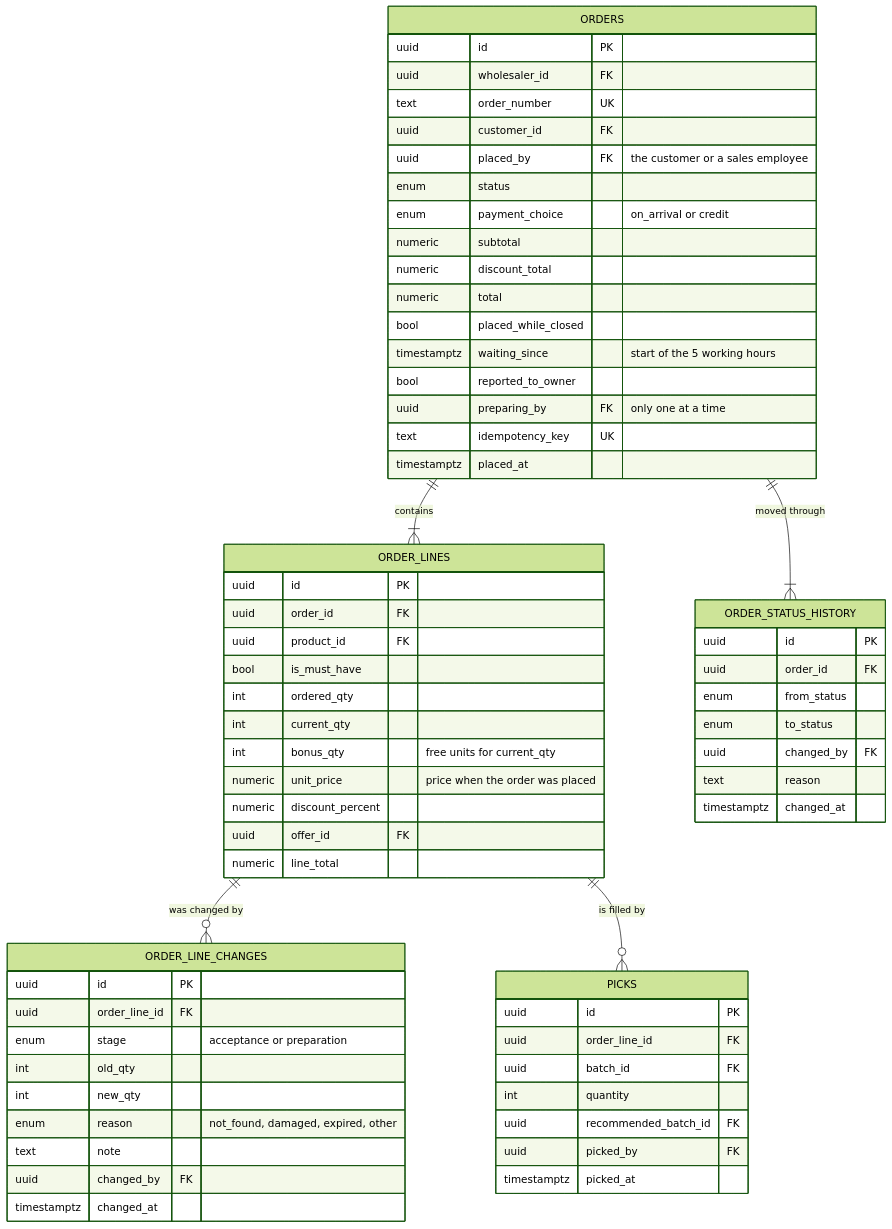
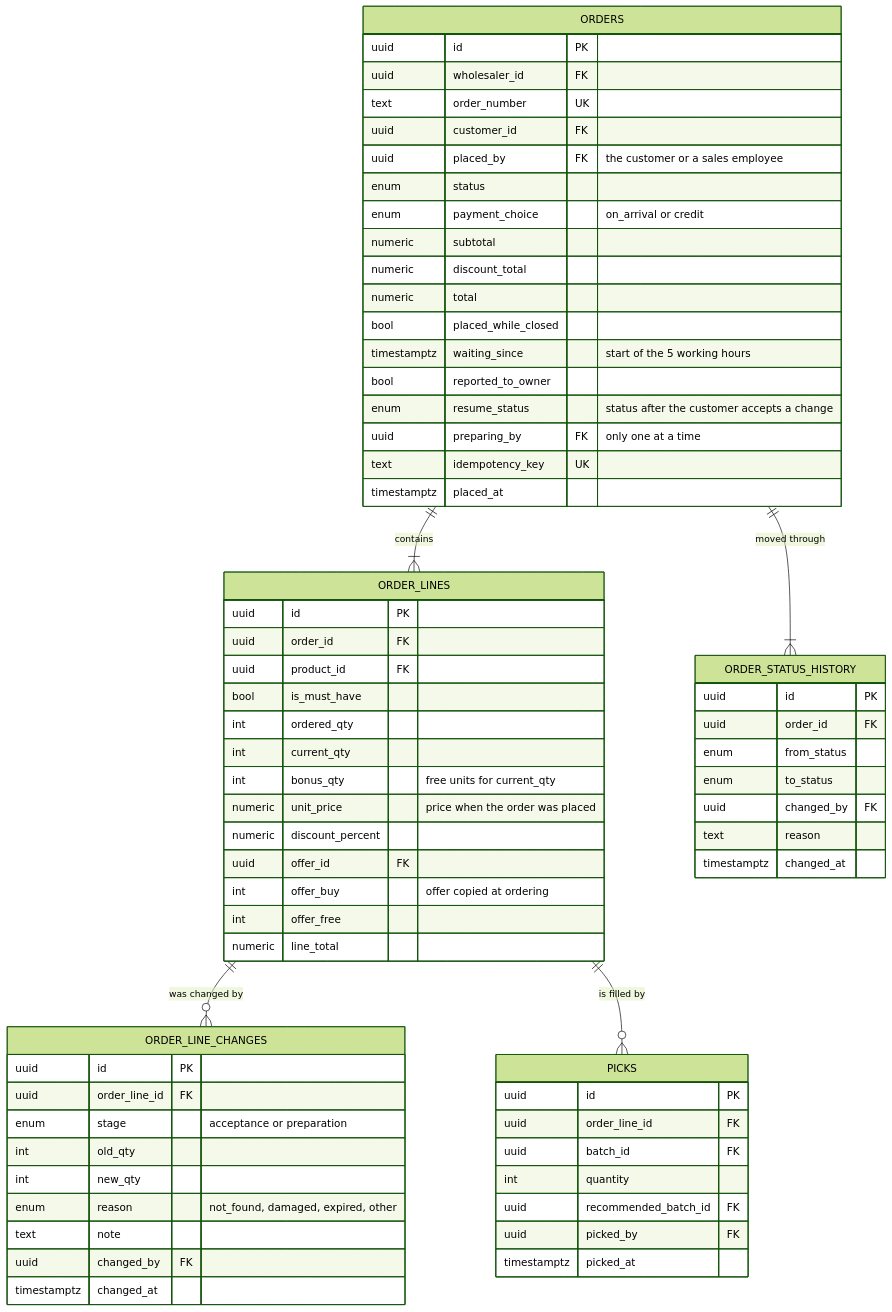
Before and after one commit to AhmedElnagarUU/Cosmo: the eighth of 14 diagrams in docs/technical/01-database-design.md, drawn with Mermaid (forest theme). The commit also changed 12 other files, not shown here.

````diff
--- a/docs/technical/01-database-design.md
+++ b/docs/technical/01-database-design.md
@@ -614,68 +614,71 @@
 ```mermaid
 erDiagram
     ORDERS {
         uuid id PK
         uuid wholesaler_id FK
         text order_number UK
         uuid customer_id FK
         uuid placed_by FK "the customer or a sales employee"
         enum status
         enum payment_choice "on_arrival or credit"
         numeric subtotal
         numeric discount_total
         numeric total
         bool placed_while_closed
         timestamptz waiting_since "start of the 5 working hours"
         bool reported_to_owner
+        enum resume_status "status after the customer accepts a change"
         uuid preparing_by FK "only one at a time"
         text idempotency_key UK
         timestamptz placed_at
     }
     ORDER_LINES {
         uuid id PK
         uuid order_id FK
         uuid product_id FK
         bool is_must_have
         int ordered_qty
         int current_qty
         int bonus_qty "free units for current_qty"
         numeric unit_price "price when the order was placed"
         numeric discount_percent
         uuid offer_id FK
+        int offer_buy "offer copied at ordering"
+        int offer_free
         numeric line_total
     }
     ORDER_LINE_CHANGES {
         uuid id PK
         uuid order_line_id FK
         enum stage "acceptance or preparation"
         int old_qty
         int new_qty
         enum reason "not_found, damaged, expired, other"
         text note
         uuid changed_by FK
         timestamptz changed_at
     }
     ORDER_STATUS_HISTORY {
         uuid id PK
         uuid order_id FK
         enum from_status
         enum to_status
         uuid changed_by FK
         text reason
         timestamptz changed_at
     }
     PICKS {
         uuid id PK
         uuid order_line_id FK
         uuid batch_id FK
         int quantity
         uuid recommended_batch_id FK
         uuid picked_by FK
         timestamptz picked_at
     }
 
     ORDERS ||--|{ ORDER_LINES : contains
     ORDER_LINES ||--o{ ORDER_LINE_CHANGES : "was changed by"
     ORDERS ||--|{ ORDER_STATUS_HISTORY : "moved through"
     ORDER_LINES ||--o{ PICKS : "is filled by"
 ```
````
